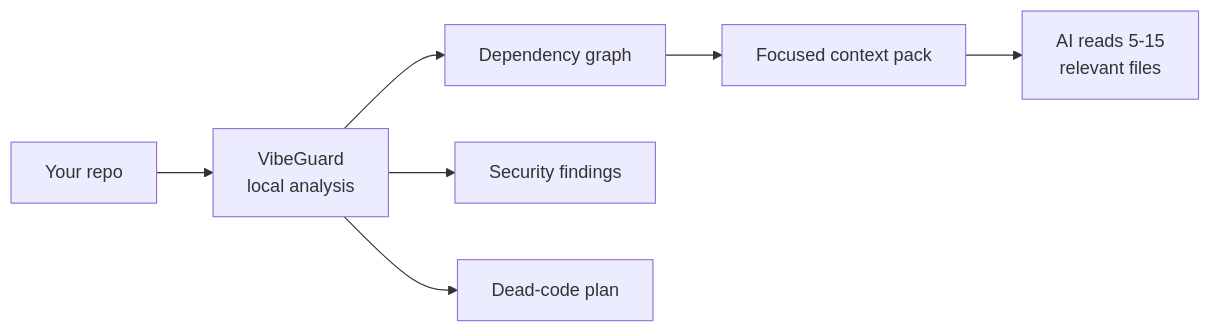
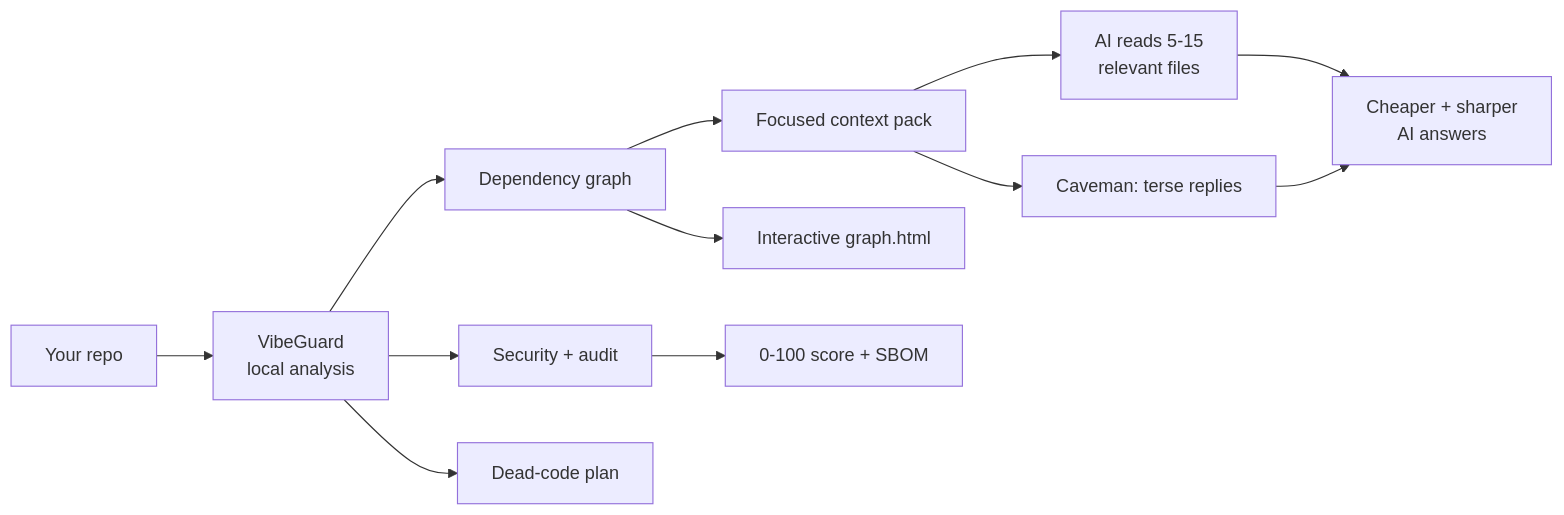
Before and after one commit to Faizan-8792/VIBEGUARD-: the first of 2 diagrams in README.md, drawn with Mermaid. The commit also changed other lines of this file and 2 other files, not shown here.

````diff
--- a/README.md
+++ b/README.md
@@ -38,9 +38,14 @@
 ```mermaid
 flowchart LR
   A[Your repo] --> B[VibeGuard<br/>local analysis]
   B --> C[Dependency graph]
-  B --> D[Security findings]
+  B --> D[Security + audit]
   B --> E[Dead-code plan]
   C --> F[Focused context pack]
+  C --> H[Interactive graph.html]
+  D --> I[0-100 score + SBOM]
   F --> G[AI reads 5-15<br/>relevant files]
+  F --> J[Caveman: terse replies]
+  G --> K[Cheaper + sharper<br/>AI answers]
+  J --> K
 ```
````
